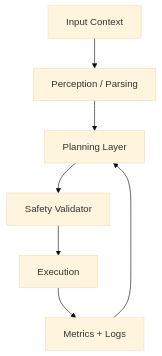
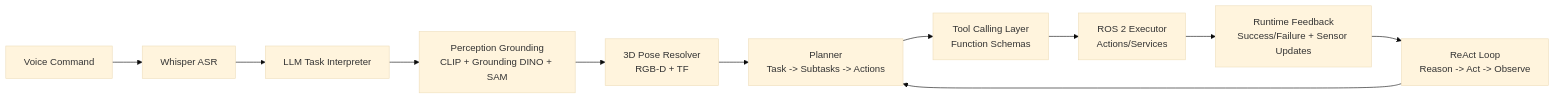
Before and after one commit to MariumAfzal2703/physical-ai-humanoid-robotics-textbook: the diagram in docs/module-4-vla/grounding-and-planning.mdx, drawn with Mermaid (base theme). The commit also changed other lines of this file and 31 other files, not shown here.

````diff
--- a/docs/module-4-vla/grounding-and-planning.mdx
+++ b/docs/module-4-vla/grounding-and-planning.mdx
@@ -125,9 +118,20 @@
 ```mermaid
-flowchart TD
-  A[Input Context] --> B[Perception / Parsing]
-  B --> C[Planning Layer]
-  C --> D[Safety Validator]
-  D --> E[Execution]
-  E --> F[Metrics + Logs]
-  F --> C
+flowchart LR
+  A[Voice Command] --> B[Whisper ASR]
+  B --> C[LLM Task Interpreter]
+  C --> D[Perception Grounding
+CLIP + Grounding DINO + SAM]
+  D --> E[3D Pose Resolver
+RGB-D + TF]
+  E --> F[Planner
+Task -> Subtasks -> Actions]
+  F --> G[Tool Calling Layer
+Function Schemas]
+  G --> H[ROS 2 Executor
+Actions/Services]
+  H --> I[Runtime Feedback
+Success/Failure + Sensor Updates]
+  I --> J[ReAct Loop
+Reason -> Act -> Observe]
+  J --> F
 ```
````
